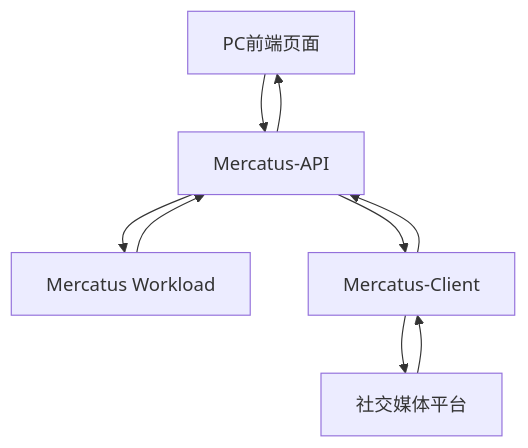
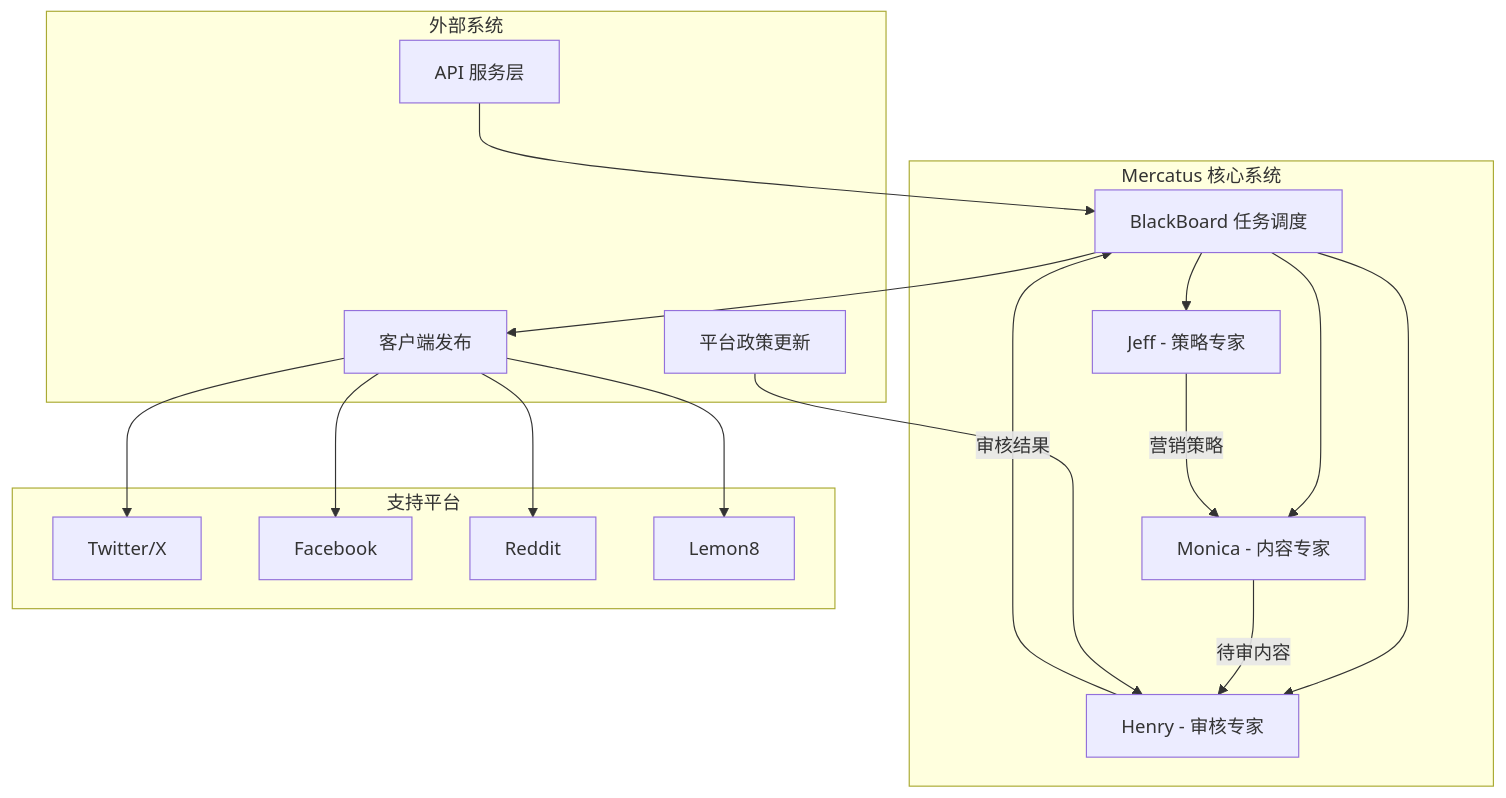
The diagram in readme.md (ai-fly/Mercatus), drawn with Mermaid before and after one commit. The commit also changed other lines of this file and 2 other files, not shown here.

````diff
--- a/readme.md
+++ b/readme.md
@@ -39,11 +35,30 @@
 ```mermaid
 graph TB
-    A[PC前端页面] --> B[Mercatus-API]
-    B --> C[Mercatus Workload]
-    C --> B
-    B --> D[Mercatus-Client]
-    D --> E[社交媒体平台]
-    E --> D
-    D --> B
-    B --> A
+    subgraph "Mercatus 核心系统"
+        A[BlackBoard 任务调度] --> B[Jeff - 策略专家]
+        A --> C[Monica - 内容专家]
+        A --> D[Henry - 审核专家]
+        
+        B -->|营销策略| C
+        C -->|待审内容| D
+        D -->|审核结果| A
+    end
+    
+    subgraph "外部系统"
+        E[API 服务层] --> A
+        A --> F[客户端发布]
+        G[平台政策更新] --> D
+    end
+    
+    subgraph "支持平台"
+        H[Twitter/X]
+        I[Facebook] 
+        J[Reddit]
+        K[Lemon8]
+    end
+    
+    F --> H
+    F --> I
+    F --> J
+    F --> K
 ```
````
